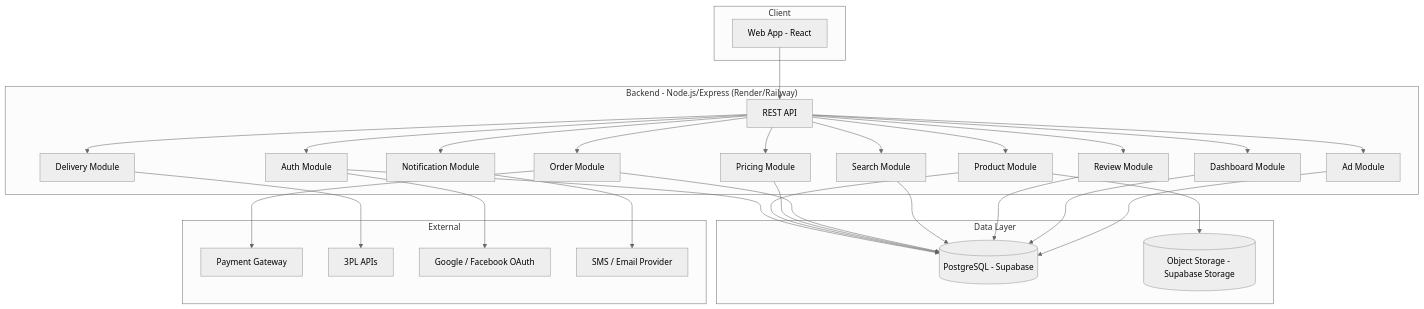
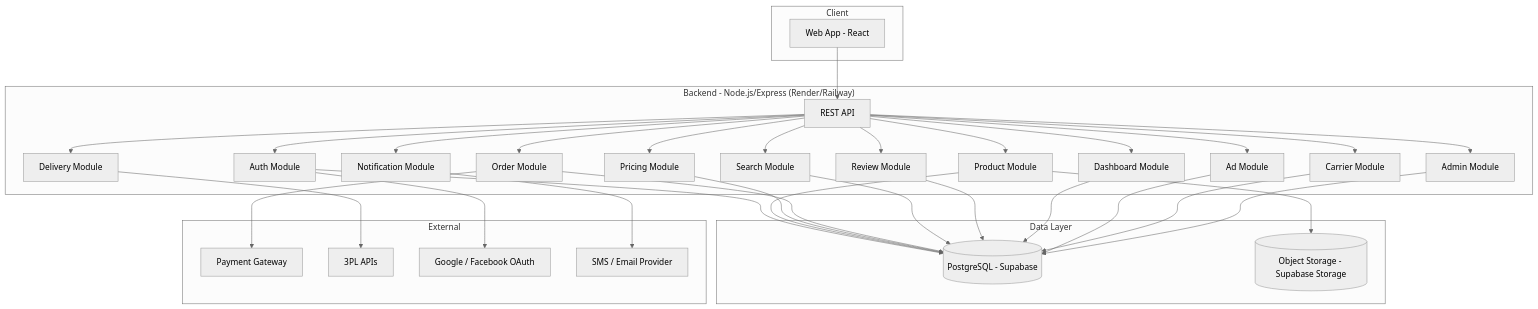
One commit to vandat696/shortdate changed the first of 2 diagrams in .kiro/specs/short-date/design.md. Above: the diagram before and after it, drawn with Mermaid (neutral theme). The commit also changed other lines of this file and 62 other files, not shown here.

````diff
--- a/.kiro/specs/short-date/design.md
+++ b/.kiro/specs/short-date/design.md
@@ -28,59 +28,65 @@
 ```mermaid
 graph TB
     subgraph Client
         WebApp[Web App - React]
     end
 
     subgraph Backend["Backend - Node.js/Express (Render/Railway)"]
         API[REST API]
         AuthModule[Auth Module]
         ProductModule[Product Module]
         PricingModule[Pricing Module]
         OrderModule[Order Module]
         SearchModule[Search Module]
         DeliveryModule[Delivery Module]
+        CarrierModule[Carrier Module]
         NotifModule[Notification Module]
         ReviewModule[Review Module]
         DashboardModule[Dashboard Module]
         AdModule[Ad Module]
+        AdminModule[Admin Module]
     end
 
     subgraph Data["Data Layer"]
         PostgreSQL[(PostgreSQL - Supabase)]
         S3[(Object Storage - Supabase Storage)]
     end
 
     subgraph External
         PaymentGW[Payment Gateway]
         ThirdPL[3PL APIs]
         OAuthProviders[Google / Facebook OAuth]
         SMSEmail[SMS / Email Provider]
     end
 
     WebApp --> API
     API --> AuthModule
     API --> ProductModule
     API --> PricingModule
     API --> OrderModule
     API --> SearchModule
     API --> DeliveryModule
+    API --> CarrierModule
     API --> NotifModule
     API --> ReviewModule
     API --> DashboardModule
     API --> AdModule
+    API --> AdminModule
 
     AuthModule --> PostgreSQL
     ProductModule --> PostgreSQL
     PricingModule --> PostgreSQL
     OrderModule --> PostgreSQL
     SearchModule --> PostgreSQL
     ReviewModule --> PostgreSQL
     DashboardModule --> PostgreSQL
     AdModule --> PostgreSQL
+    CarrierModule --> PostgreSQL
+    AdminModule --> PostgreSQL
     ProductModule --> S3
 
     OrderModule --> PaymentGW
     DeliveryModule --> ThirdPL
     AuthModule --> OAuthProviders
     NotifModule --> SMSEmail
 ```
````
